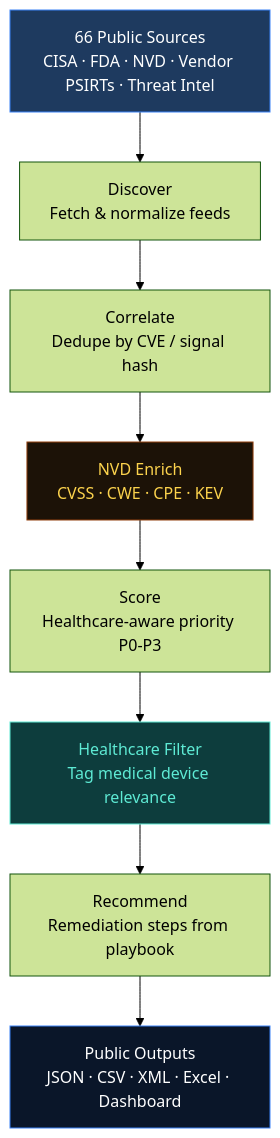
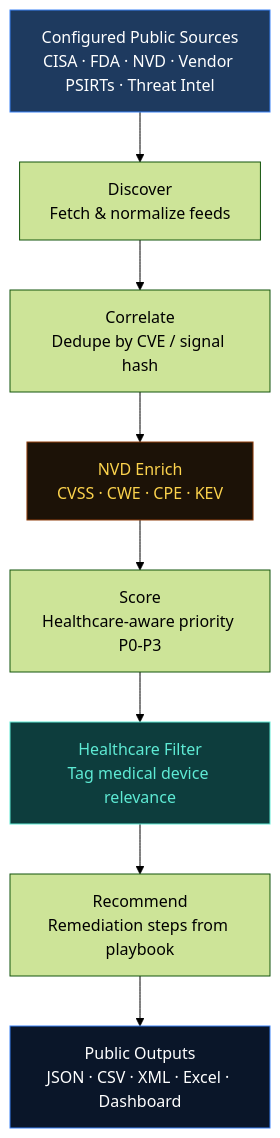
The diagram in README.md (travisfunk/advisoryops), drawn with Mermaid (forest theme) before and after one commit. The commit also changed other lines of this file and 14 other files, not shown here.

````diff
--- a/README.md
+++ b/README.md
@@ -121,15 +131,15 @@
 ```mermaid
 flowchart TD
-    A[66 Public Sources<br/>CISA · FDA · NVD · Vendor PSIRTs · Threat Intel] --> B[Discover<br/>Fetch & normalize feeds]
+    A[Configured Public Sources<br/>CISA · FDA · NVD · Vendor PSIRTs · Threat Intel] --> B[Discover<br/>Fetch & normalize feeds]
     B --> C[Correlate<br/>Dedupe by CVE / signal hash]
     C --> D[NVD Enrich<br/>CVSS · CWE · CPE · KEV]
     D --> E[Score<br/>Healthcare-aware priority P0-P3]
     E --> F[Healthcare Filter<br/>Tag medical device relevance]
     F --> G[Recommend<br/>Remediation steps from playbook]
     G --> H[Public Outputs<br/>JSON · CSV · XML · Excel · Dashboard]
     
     style A fill:#1e3a5f,stroke:#3b82f6,color:#fff
     style D fill:#1c1207,stroke:#92400e,color:#fcd34d
     style F fill:#0d3d3d,stroke:#5eead4,color:#5eead4
     style H fill:#0a1629,stroke:#3b82f6,color:#fff
 ```
````
